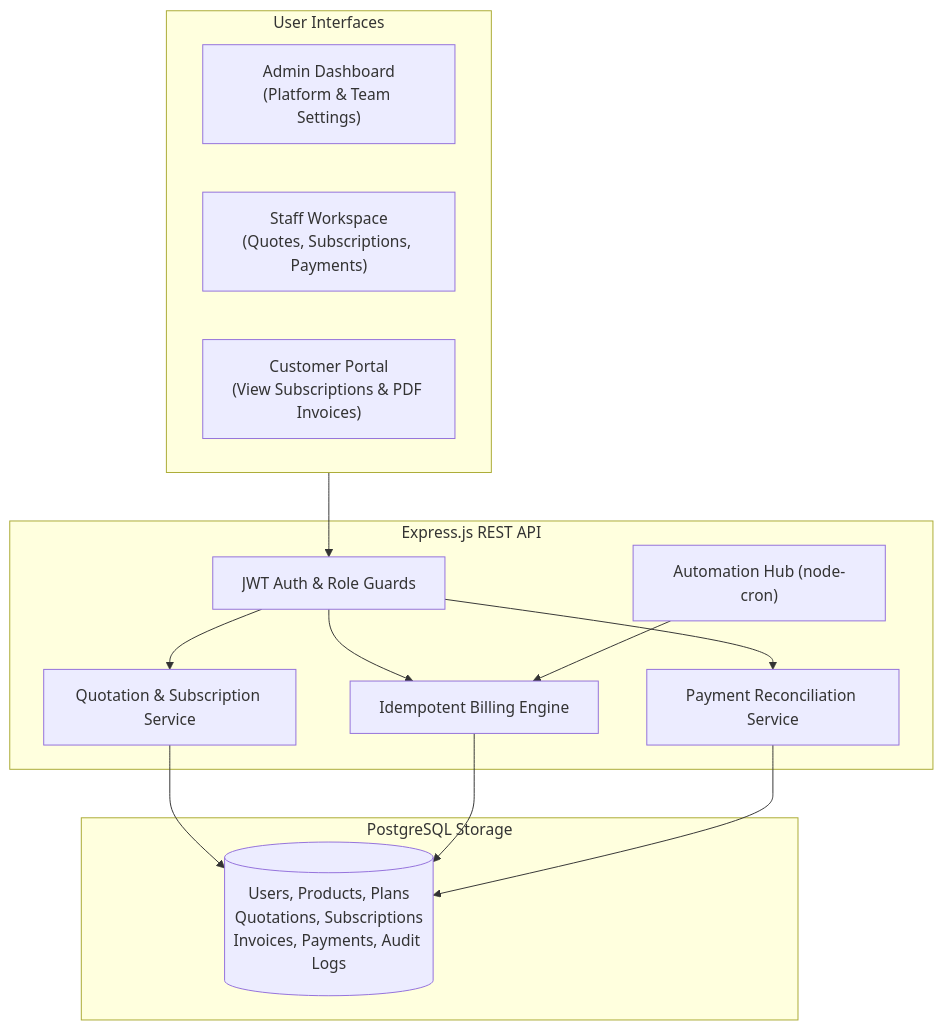
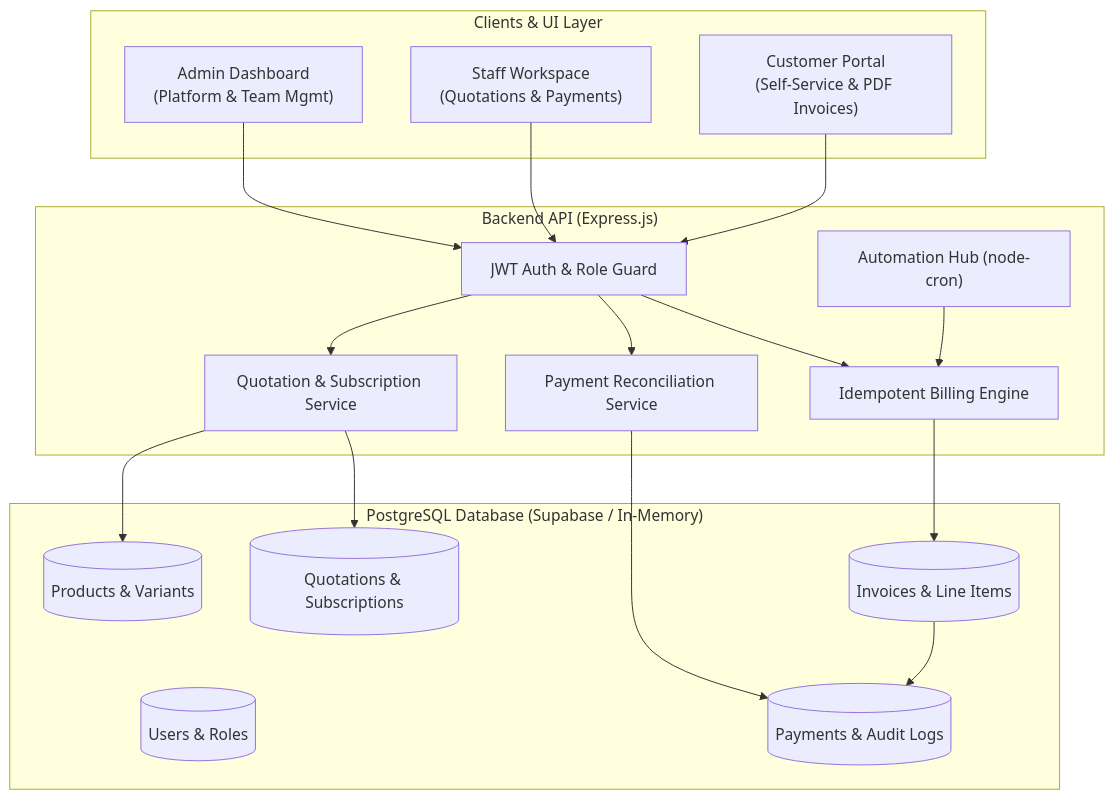
The first of 6 diagrams in README.md (tc484472-byte/odoo), drawn with Mermaid before and after one commit. The commit also changed other lines of this file, not shown here.

Commit message:
Readme diagram updation

````diff
--- a/README.md
+++ b/README.md
@@ -158,29 +157,37 @@
 ```mermaid
 flowchart TD
-    subgraph UI["User Interfaces"]
-        Admin["Admin Dashboard\n(Platform & Team Settings)"]
-        Staff["Staff Workspace\n(Quotes, Subscriptions, Payments)"]
-        Customer["Customer Portal\n(View Subscriptions & PDF Invoices)"]
+    subgraph Clients["Clients & UI Layer"]
+        A["Admin Dashboard\n(Platform & Team Mgmt)"]
+        B["Staff Workspace\n(Quotations & Payments)"]
+        C["Customer Portal\n(Self-Service & PDF Invoices)"]
     end
 
-    subgraph Backend["Express.js REST API"]
-        Auth["JWT Auth & Role Guards"]
-        SubService["Quotation & Subscription Service"]
-        BillEngine["Idempotent Billing Engine"]
-        PayService["Payment Reconciliation Service"]
-        CronHub["Automation Hub (node-cron)"]
+    subgraph API["Backend API (Express.js)"]
+        D["JWT Auth & Role Guard"]
+        E["Quotation & Subscription Service"]
+        F["Idempotent Billing Engine"]
+        G["Payment Reconciliation Service"]
+        H["Automation Hub (node-cron)"]
     end
 
-    subgraph Data["PostgreSQL Storage"]
-        DB[("Users, Products, Plans\nQuotations, Subscriptions\nInvoices, Payments, Audit Logs")]
+    subgraph DB["PostgreSQL Database (Supabase / In-Memory)"]
+        I[("Users & Roles")]
+        J[("Products & Variants")]
+        K[("Quotations & Subscriptions")]
+        L[("Invoices & Line Items")]
+        M[("Payments & Audit Logs")]
     end
 
-    UI --> Auth
-    Auth --> SubService
-    Auth --> BillEngine
-    Auth --> PayService
-    CronHub --> BillEngine
-    SubService --> DB
-    BillEngine --> DB
-    PayService --> DB
+    A --> D
+    B --> D
+    C --> D
+    D --> E
+    D --> F
+    D --> G
+    H --> F
+    E --> J
+    E --> K
+    F --> L
+    G --> M
+    L --> M
 ```
````
